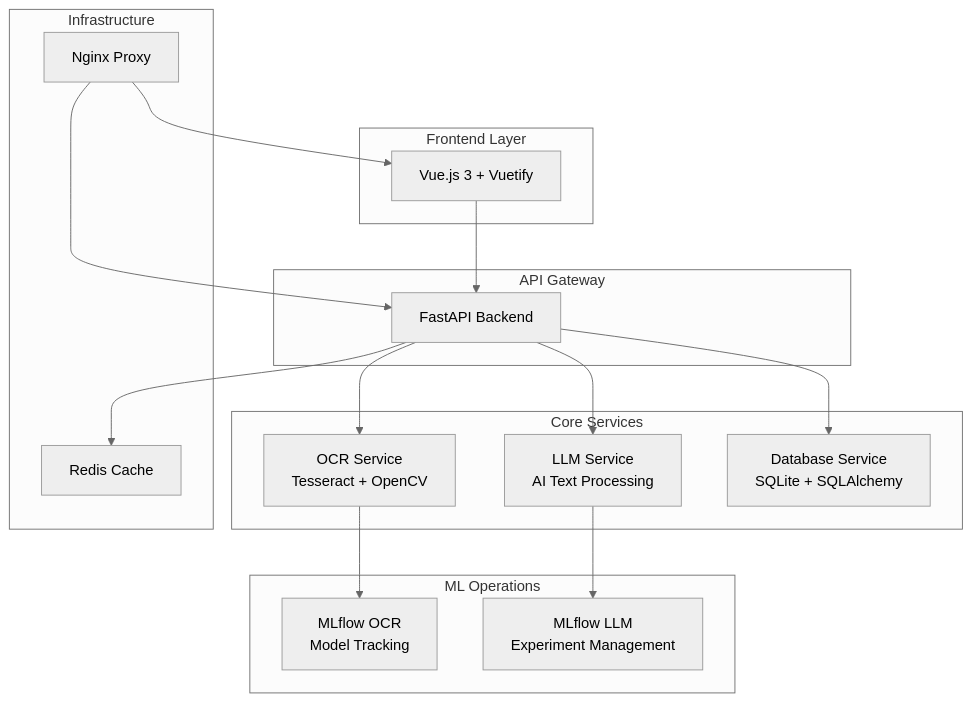
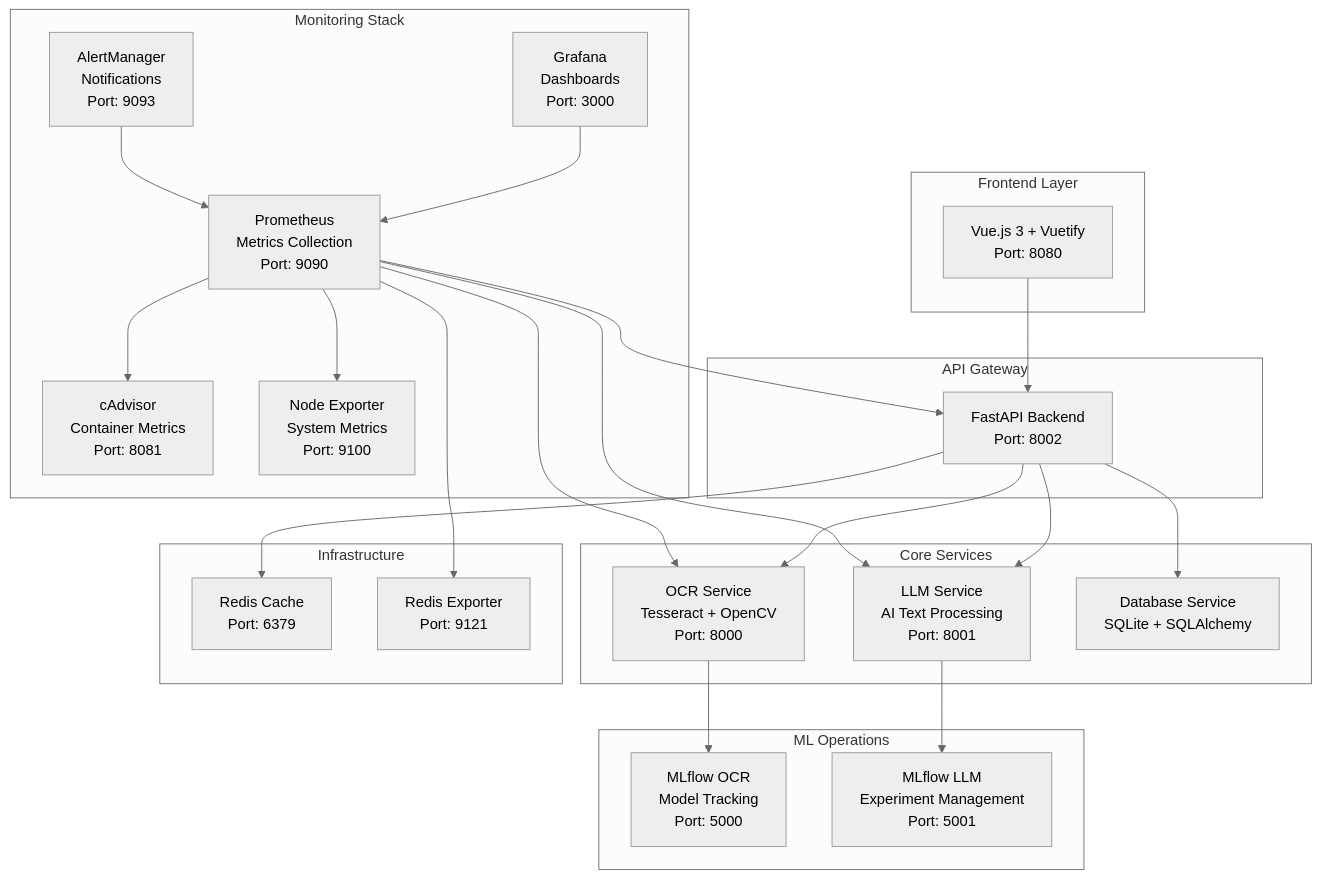
One commit to simbouch/flashcards-projet changed the diagram in README.md. Above: the diagram before and after it, drawn with Mermaid (neutral theme). The commit also changed other lines of this file, not shown here.

````diff
--- a/README.md
+++ b/README.md
@@ -57,36 +72,51 @@
 ```mermaid
 graph TB
     subgraph "Frontend Layer"
-        FE[Vue.js 3 + Vuetify]
+        FE[Vue.js 3 + Vuetify<br/>Port: 8080]
     end
 
     subgraph "API Gateway"
-        API[FastAPI Backend]
+        API[FastAPI Backend<br/>Port: 8002]
     end
 
     subgraph "Core Services"
-        OCR[OCR Service<br/>Tesseract + OpenCV]
-        LLM[LLM Service<br/>AI Text Processing]
+        OCR[OCR Service<br/>Tesseract + OpenCV<br/>Port: 8000]
+        LLM[LLM Service<br/>AI Text Processing<br/>Port: 8001]
         DB[Database Service<br/>SQLite + SQLAlchemy]
     end
 
     subgraph "ML Operations"
-        MLF_OCR[MLflow OCR<br/>Model Tracking]
-        MLF_LLM[MLflow LLM<br/>Experiment Management]
+        MLF_OCR[MLflow OCR<br/>Model Tracking<br/>Port: 5000]
+        MLF_LLM[MLflow LLM<br/>Experiment Management<br/>Port: 5001]
+    end
+
+    subgraph "Monitoring Stack"
+        PROM[Prometheus<br/>Metrics Collection<br/>Port: 9090]
+        GRAF[Grafana<br/>Dashboards<br/>Port: 3000]
+        ALERT[AlertManager<br/>Notifications<br/>Port: 9093]
+        CADV[cAdvisor<br/>Container Metrics<br/>Port: 8081]
+        NODE[Node Exporter<br/>System Metrics<br/>Port: 9100]
     end
 
     subgraph "Infrastructure"
-        REDIS[Redis Cache]
-        NGINX[Nginx Proxy]
+        REDIS[Redis Cache<br/>Port: 6379]
+        REDIS_EXP[Redis Exporter<br/>Port: 9121]
     end
 
     FE --> API
     API --> OCR
     API --> LLM
     API --> DB
     API --> REDIS
     OCR --> MLF_OCR
     LLM --> MLF_LLM
-    NGINX --> FE
-    NGINX --> API
+
+    PROM --> API
+    PROM --> OCR
+    PROM --> LLM
+    PROM --> CADV
+    PROM --> NODE
+    PROM --> REDIS_EXP
+    GRAF --> PROM
+    ALERT --> PROM
 ```
````
